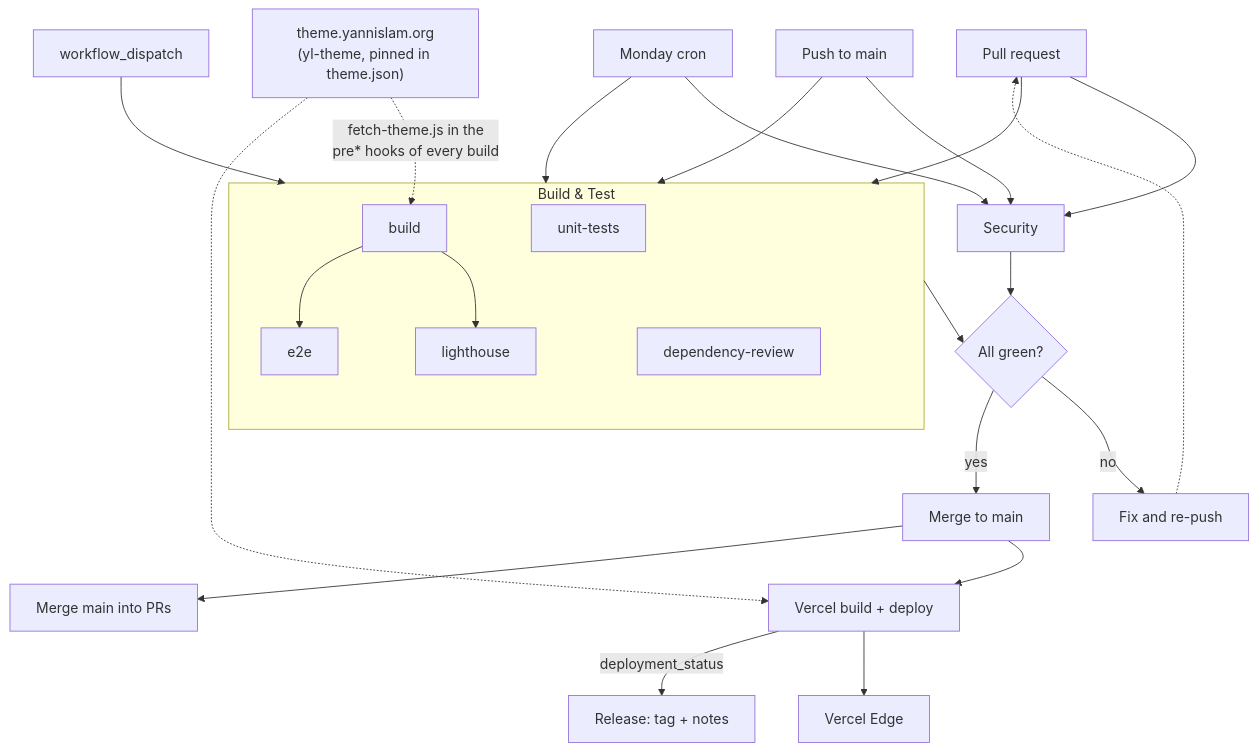
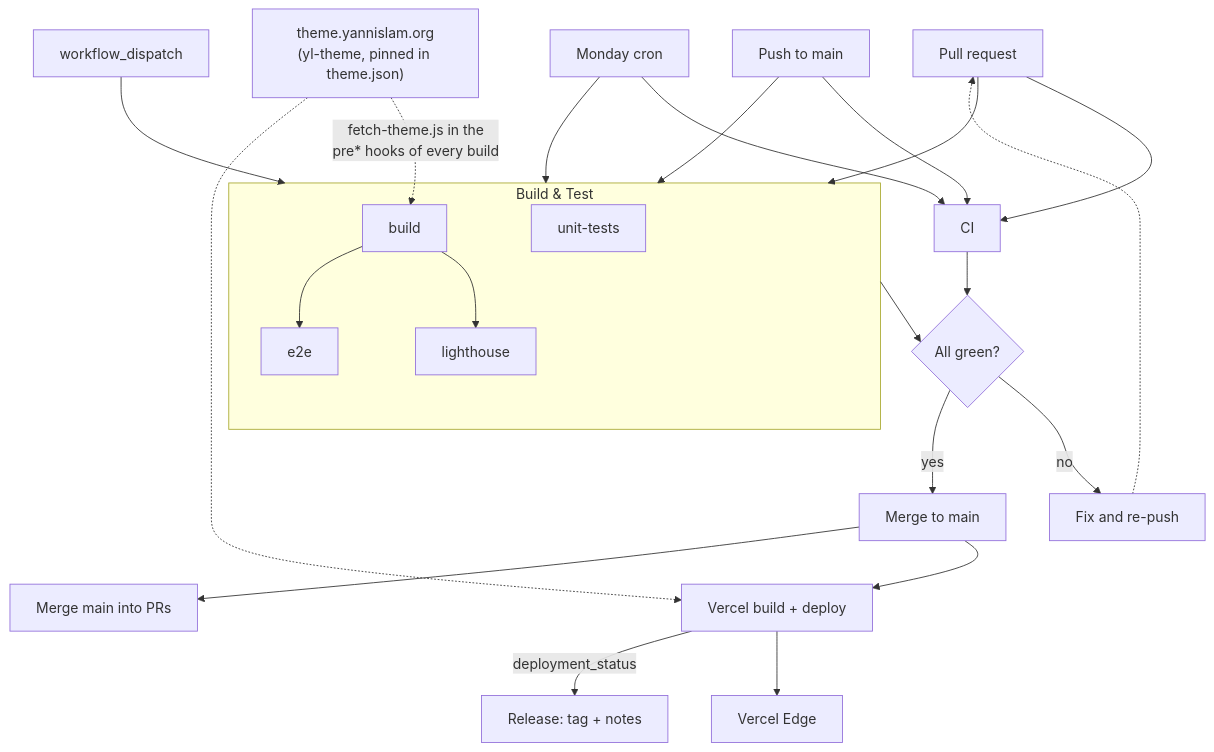
Before and after one commit to AardeYamz/v3.yannislam.org: the second of 3 diagrams in README.md, drawn with Mermaid. The commit also changed other lines of this file and 10 other files, not shown here.

````diff
--- a/README.md
+++ b/README.md
@@ -306,33 +306,32 @@
 ```mermaid
 flowchart TB
     PR["Pull request"] --> CI
     Push["Push to main"] --> CI
     Cron["Monday cron"] --> CI
     Manual["workflow_dispatch"] --> CI
 
     subgraph CI["Build & Test"]
         Unit["unit-tests"]
         Build["build"]
         Lighthouse["lighthouse"]
         E2E["e2e"]
-        DepReview["dependency-review"]
         Build --> Lighthouse & E2E
     end
 
-    PR --> Sec["Security"]
-    Push --> Sec
-    Cron --> Sec
+    PR --> Checks["CI"]
+    Push --> Checks
+    Cron --> Checks
 
-    CI & Sec --> Gate{"All green?"}
+    CI & Checks --> Gate{"All green?"}
     Gate -->|"no"| Fix["Fix and re-push"]
     Fix -.-> PR
     Gate -->|"yes"| Merge["Merge to main"]
 
     ThemeHost["theme.yannislam.org<br/>(yl-theme, pinned in theme.json)"] -.->|"fetch-theme.js in the<br/>pre* hooks of every build"| Build
     ThemeHost -.-> Vercel
 
     Merge --> Vercel["Vercel build + deploy"]
     Vercel --> Edge["Vercel Edge"]
     Vercel -->|"deployment_status"| Release["Release: tag + notes"]
     Merge --> Sync["Merge main into PRs"]
 ```
````
